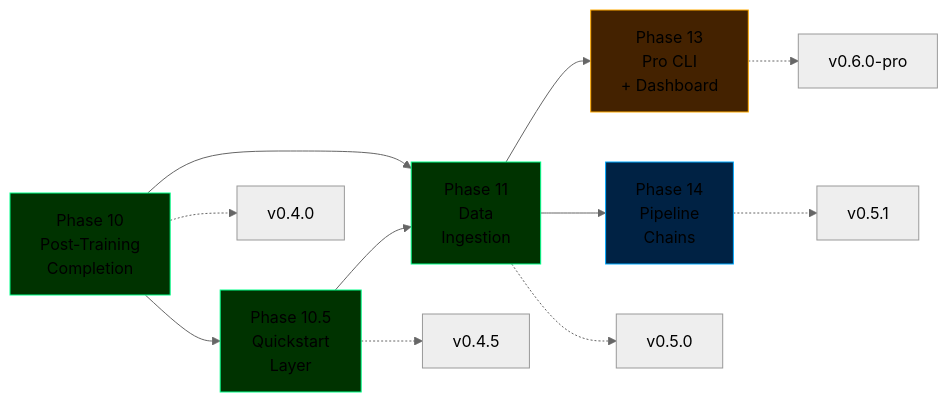
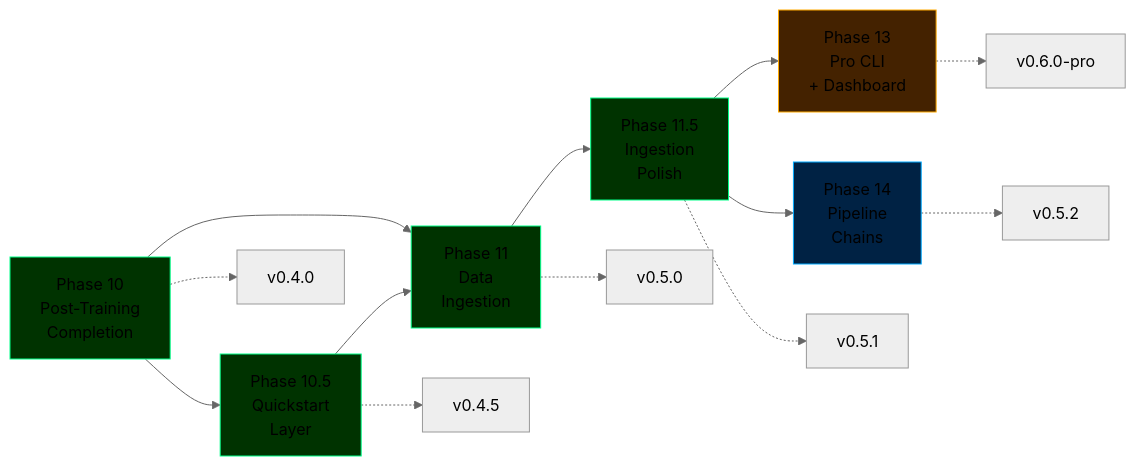
One commit to cemililik/ForgeLM changed the diagram in docs/roadmap.md. Above: the diagram before and after it, drawn with Mermaid (neutral theme). The commit also changed other lines of this file and 21 other files, not shown here.

````diff
--- a/docs/roadmap.md
+++ b/docs/roadmap.md
@@ -28,20 +29,23 @@
 ```mermaid
 graph LR
     P10[Phase 10<br/>Post-Training<br/>Completion] --> P105[Phase 10.5<br/>Quickstart<br/>Layer]
     P10 --> P11[Phase 11<br/>Data<br/>Ingestion]
     P105 --> P11
-    P11 --> P13[Phase 13<br/>Pro CLI<br/>+ Dashboard]
-    P11 --> P14[Phase 14<br/>Pipeline<br/>Chains]
+    P11 --> P115[Phase 11.5<br/>Ingestion<br/>Polish]
+    P115 --> P13[Phase 13<br/>Pro CLI<br/>+ Dashboard]
+    P115 --> P14[Phase 14<br/>Pipeline<br/>Chains]
 
     P10 -.-> V1[v0.4.0]
     P105 -.-> V15[v0.4.5]
     P11 -.-> V2[v0.5.0]
-    P14 -.-> V25[v0.5.1]
+    P115 -.-> V21[v0.5.1]
+    P14 -.-> V25[v0.5.2]
     P13 -.-> V3[v0.6.0-pro]
 
     style P10 fill:#003300,stroke:#00ff88
     style P105 fill:#003300,stroke:#00ff88
     style P11 fill:#003300,stroke:#00ff88
+    style P115 fill:#003300,stroke:#00ff88
     style P13 fill:#442200,stroke:#ffaa00
     style P14 fill:#002244,stroke:#00aaff
 ```
````
